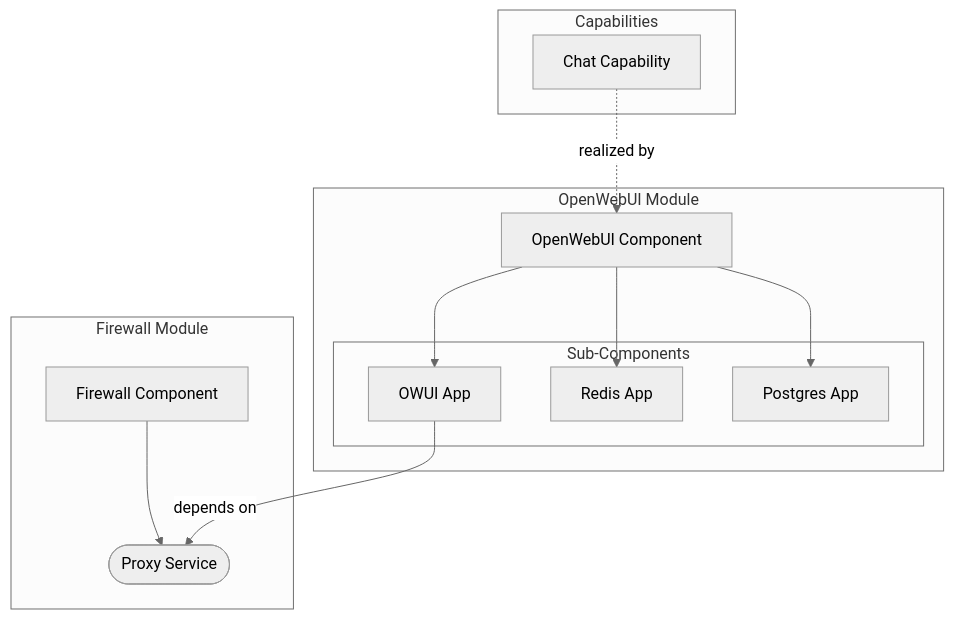
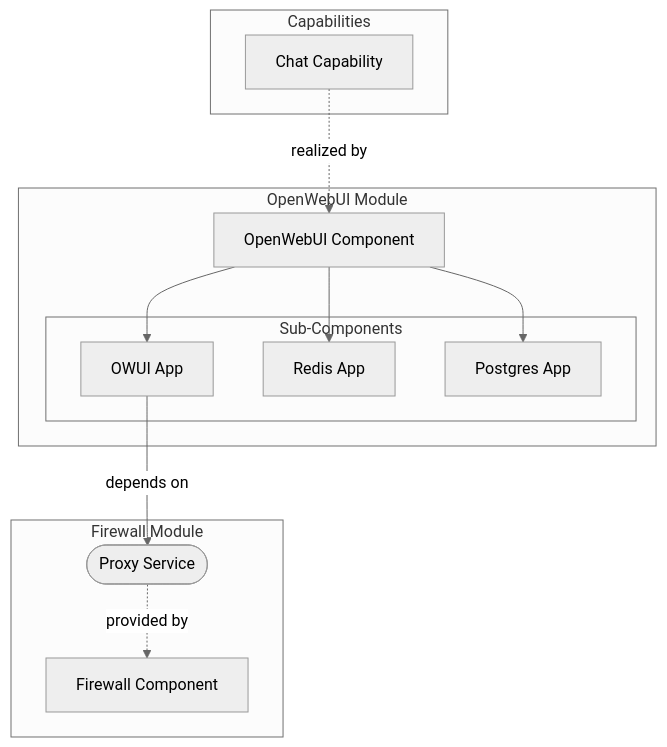
Before and after one commit to TAPPaaS/Documentation: the diagram in docs/architecture/meta-model.md, drawn with Mermaid (neutral theme).

Commit message:
Fix Proxy Service position above Firewall Component

````diff
--- a/docs/architecture/meta-model.md
+++ b/docs/architecture/meta-model.md
@@ -33,27 +33,27 @@
 ```mermaid
 flowchart TB
     subgraph Capabilities
         Chat[Chat Capability]
     end
 
     subgraph OpenWebUI Module
         OWUI[OpenWebUI Component]
         subgraph Sub-Components
             OWUIApp[OWUI App]
             Redis[Redis App]
             Postgres[Postgres App]
         end
         OWUI --> OWUIApp
         OWUI --> Redis
         OWUI --> Postgres
     end
 
     subgraph Firewall Module
         ProxyService([Proxy Service])
         FW[Firewall Component]
-        FW --> ProxyService
+        ProxyService -.->|provided by| FW
     end
 
     Chat -.->|realized by| OWUI
     OWUIApp -->|depends on| ProxyService
 ```
````
